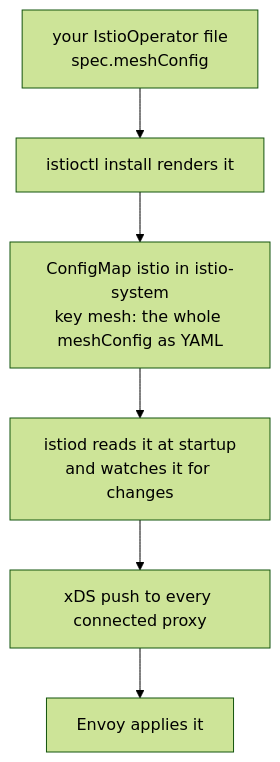
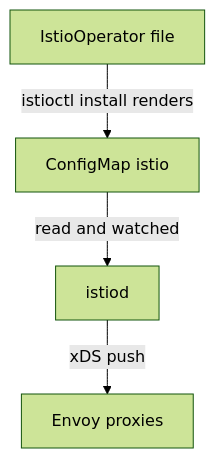
The diagram in sections/section-020/module-01/course-02-meshconfig-from-file-to-proxy.md (astrona-io/ATS013), drawn with Mermaid (forest theme) before and after one commit. The commit also changed other lines of this file and 25 other files, not shown here.

````diff
--- a/sections/section-020/module-01/course-02-meshconfig-from-file-to-proxy.md
+++ b/sections/section-020/module-01/course-02-meshconfig-from-file-to-proxy.md
@@ -9,8 +13,6 @@
 ```mermaid
 flowchart TD
-    F["your IstioOperator file<br/>spec.meshConfig"] --> I["istioctl install renders it"]
-    I --> C["ConfigMap istio in istio-system<br/>key mesh: the whole meshConfig as YAML"]
-    C --> D["istiod reads it at startup<br/>and watches it for changes"]
-    D --> X["xDS push to every connected proxy"]
-    X --> E["Envoy applies it"]
+    F["IstioOperator file"] -->|"istioctl install renders"| C["ConfigMap istio"]
+    C -->|"read and watched"| D["istiod"]
+    D -->|"xDS push"| E["Envoy proxies"]
 ```
````
